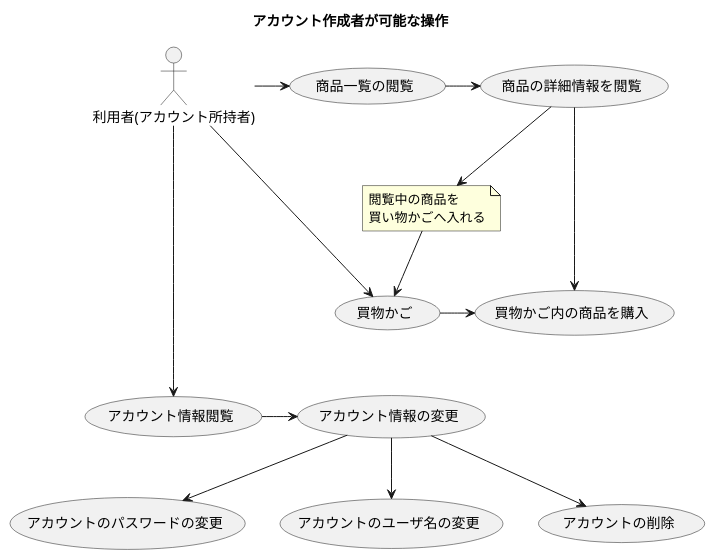
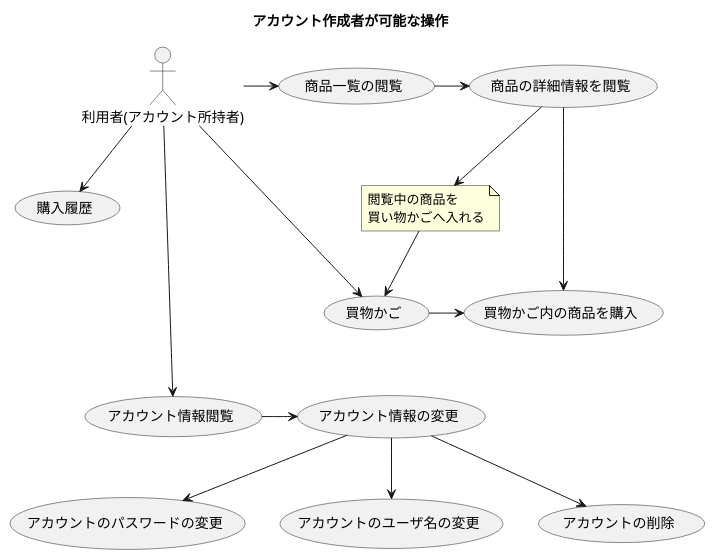
One commit to whalego/django_market_app changed the second of 2 diagrams in products_documents/workflow_diagram/user_workfrow.puml. Above: the diagram before and after it, drawn with PlantUML.

Commit message:
購入履歴の項目を追加

```diff
--- a/products_documents/workflow_diagram/user_workfrow.puml
+++ b/products_documents/workflow_diagram/user_workfrow.puml
@@ -16,34 +16,37 @@
 @startuml
 title
 アカウント作成者が可能な操作
 end title
 
 :利用者(アカウント所持者): as has_account_user
 (商品一覧の閲覧) as item_list
 (商品の詳細情報を閲覧) as item
 (買物かご) as item_bucket
 (買物かご内の商品を購入) as buy_items
+(購入履歴) as buy_history
 (アカウント情報閲覧) as account_info
 (アカウント情報の変更) as change_account_info
 (アカウントのパスワードの変更) as change_password
 (アカウントのユーザ名の変更) as change_user_name
 (アカウントの削除) as delete_account
 
 has_account_user -> item_list
 item_list -> item
 
 note "閲覧中の商品を\n買い物かごへ入れる" as item_in_bucket
 
 item --> item_in_bucket
 item_in_bucket --> item_bucket
 
 has_account_user ---> item_bucket
 item -> buy_items
 item_bucket -> buy_items
 
+has_account_user --> buy_history
+
 has_account_user ----> account_info
 account_info -> change_account_info
 change_account_info --> change_user_name
 change_account_info --> change_password
 change_account_info --> delete_account
 @enduml
```
